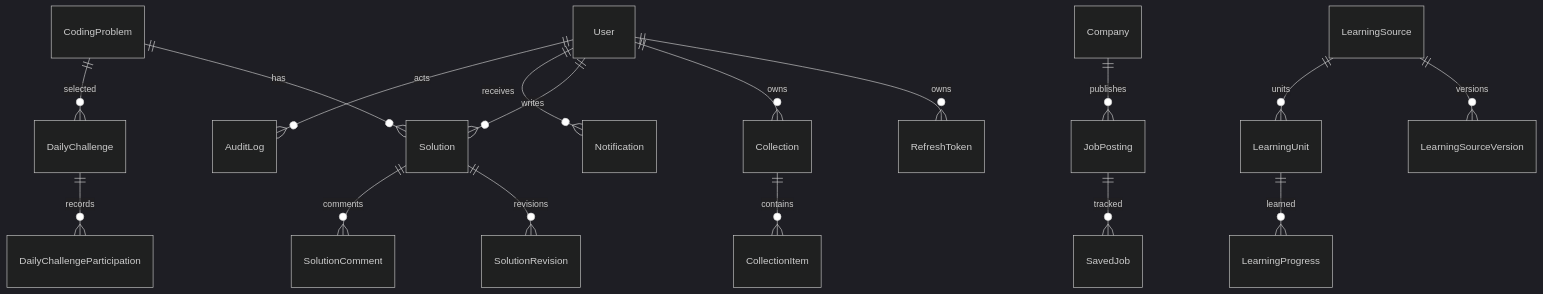
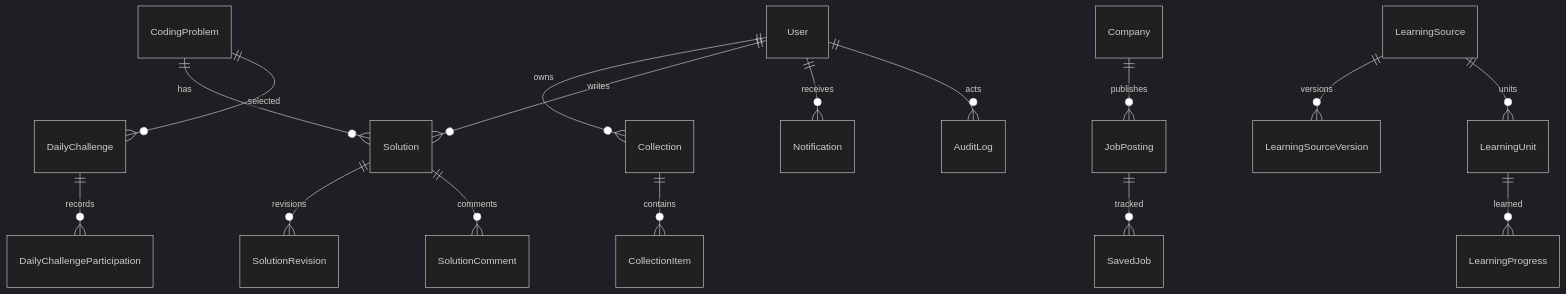
The diagram in docs/architecture/data-model.md (edder773/careerground), drawn with Mermaid (dark theme) before and after one commit. The commit also changed other lines of this file and 39 other files, not shown here.

````diff
--- a/docs/architecture/data-model.md
+++ b/docs/architecture/data-model.md
@@ -5,19 +5,18 @@
 ```mermaid
 erDiagram
-  User ||--o{ RefreshToken : owns
   User ||--o{ Collection : owns
   Collection ||--o{ CollectionItem : contains
   User ||--o{ Solution : writes
   CodingProblem ||--o{ Solution : has
   Solution ||--o{ SolutionRevision : revisions
   Solution ||--o{ SolutionComment : comments
   CodingProblem ||--o{ DailyChallenge : selected
   DailyChallenge ||--o{ DailyChallengeParticipation : records
   Company ||--o{ JobPosting : publishes
   JobPosting ||--o{ SavedJob : tracked
   LearningSource ||--o{ LearningSourceVersion : versions
   LearningSource ||--o{ LearningUnit : units
   LearningUnit ||--o{ LearningProgress : learned
   User ||--o{ Notification : receives
   User ||--o{ AuditLog : acts
 ```
````
